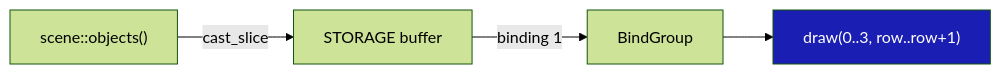
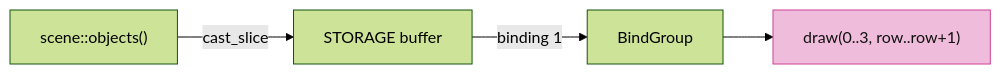
Before and after one commit to petrasvestartas/session: the sixth of 6 diagrams in session_viewer/docs/03-identity.md, drawn with Mermaid (forest theme). The commit also changed other lines of this file and 23 other files, not shown here.

Commit message:
Course: Mermaid nodes white with black text, highlighted nodes pink, white arrows and edge labels on the black ground

````diff
--- a/session_viewer/docs/03-identity.md
+++ b/session_viewer/docs/03-identity.md
@@ -107,7 +107,7 @@
 ```mermaid
 flowchart LR
     O["scene::objects()"] -- "cast_slice" --> S["STORAGE buffer"]
     S -- "binding 1" --> G["BindGroup"]
     G --> D["draw(0..3, row..row+1)"]
-    style D fill:#1a1eb2,color:#fff
+    style D fill:#f0bcdb,stroke:#ce4095,color:#111
 ```
````
